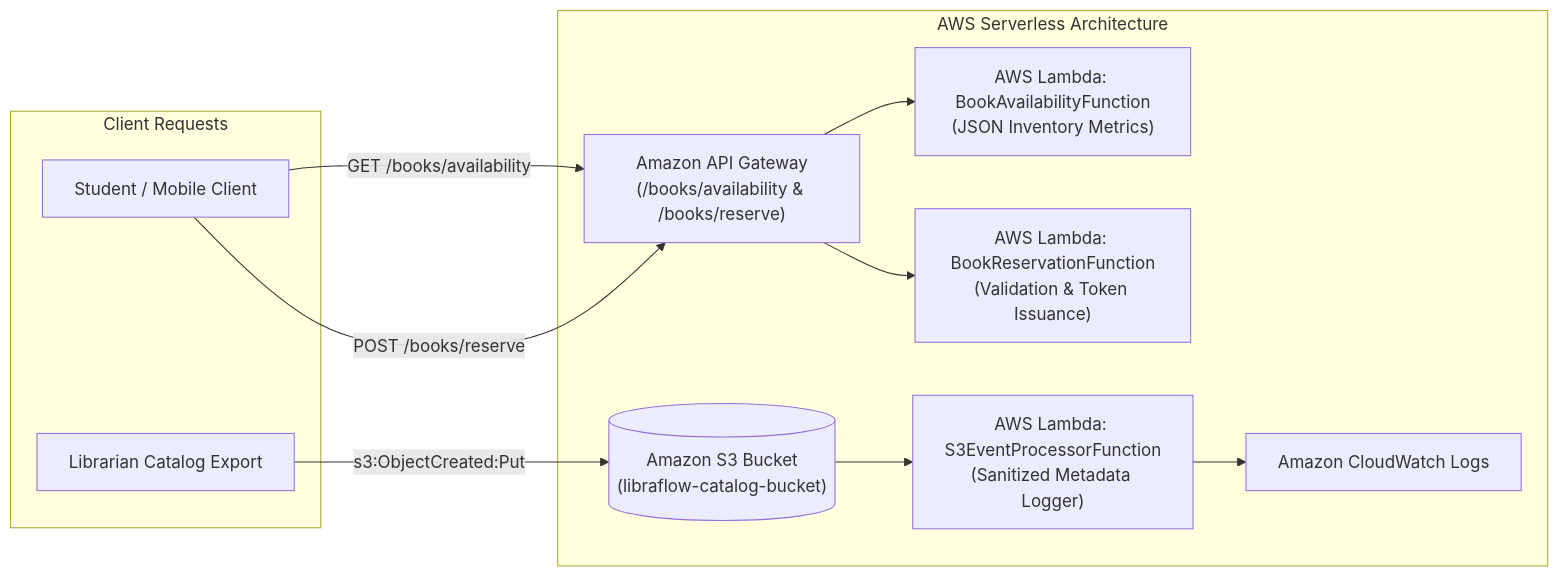
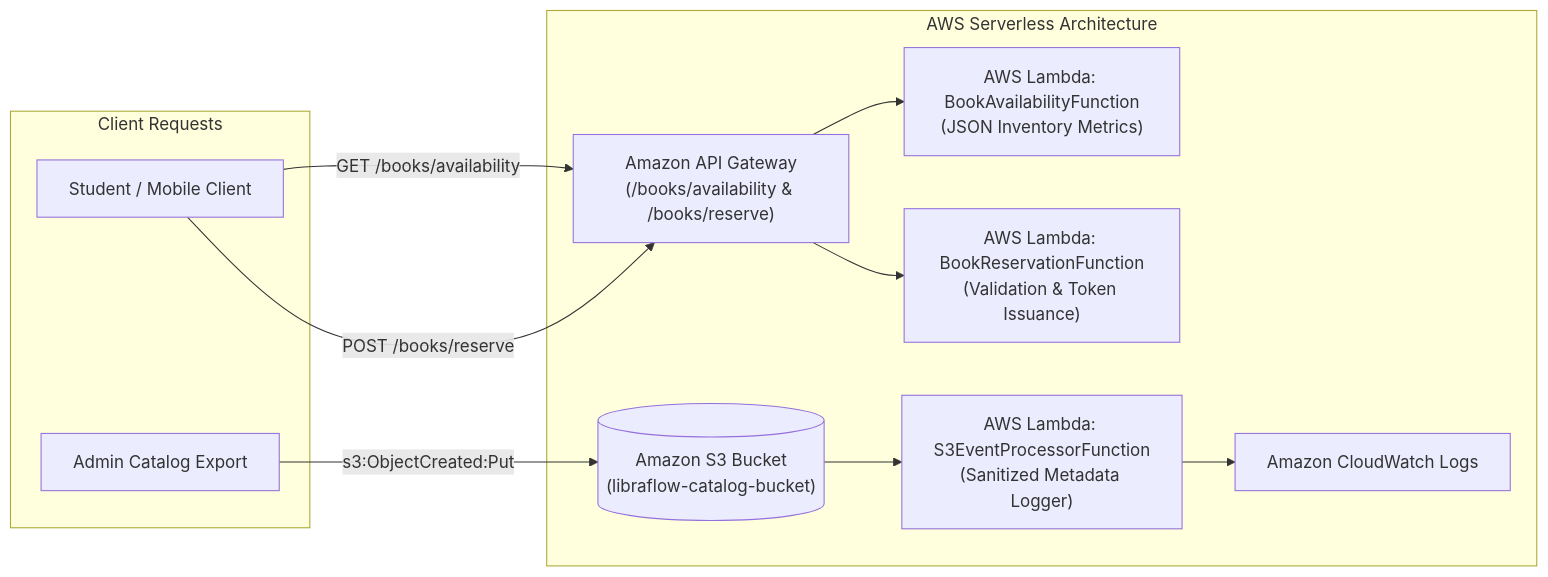
The fourth of 4 diagrams in docs/architecture.md (Areena-mariya-saji/LibraFlow), drawn with Mermaid before and after one commit. The commit also changed other lines of this file and 17 other files, not shown here.

Commit message:
feat: streamline to two-portal architecture (Admin and Student), remove demo label and librarian role

````diff
--- a/docs/architecture.md
+++ b/docs/architecture.md
@@ -89,26 +89,26 @@
 ```mermaid
 flowchart LR
     subgraph ClientAccess["Client Requests"]
         ClientApp["Student / Mobile Client"]
-        S3Uploader["Librarian Catalog Export"]
+        S3Uploader["Admin Catalog Export"]
     end
 
     subgraph AWSCloud["AWS Serverless Architecture"]
         APIGW["Amazon API Gateway\n(/books/availability & /books/reserve)"]
         LambdaA["AWS Lambda: BookAvailabilityFunction\n(JSON Inventory Metrics)"]
         LambdaB["AWS Lambda: BookReservationFunction\n(Validation & Token Issuance)"]
         
         S3Bucket[("Amazon S3 Bucket\n(libraflow-catalog-bucket)")]
         LambdaC["AWS Lambda: S3EventProcessorFunction\n(Sanitized Metadata Logger)"]
         CloudWatch["Amazon CloudWatch Logs"]
     end
 
     ClientApp -->|"GET /books/availability"| APIGW
     APIGW --> LambdaA
     ClientApp -->|"POST /books/reserve"| APIGW
     APIGW --> LambdaB
 
     S3Uploader -->|"s3:ObjectCreated:Put"| S3Bucket
     S3Bucket --> LambdaC
     LambdaC --> CloudWatch
 ```
````
